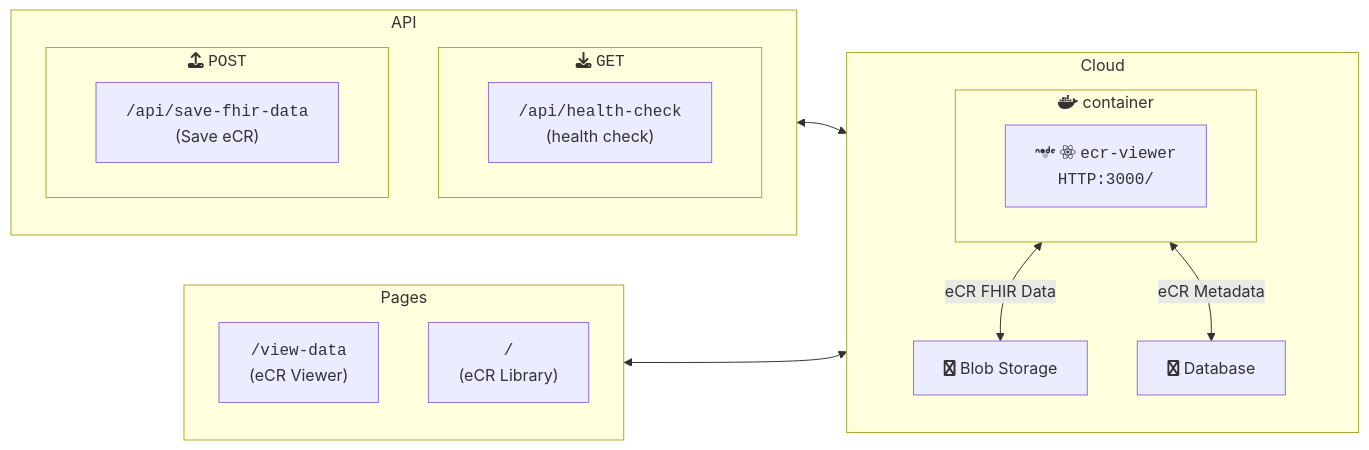
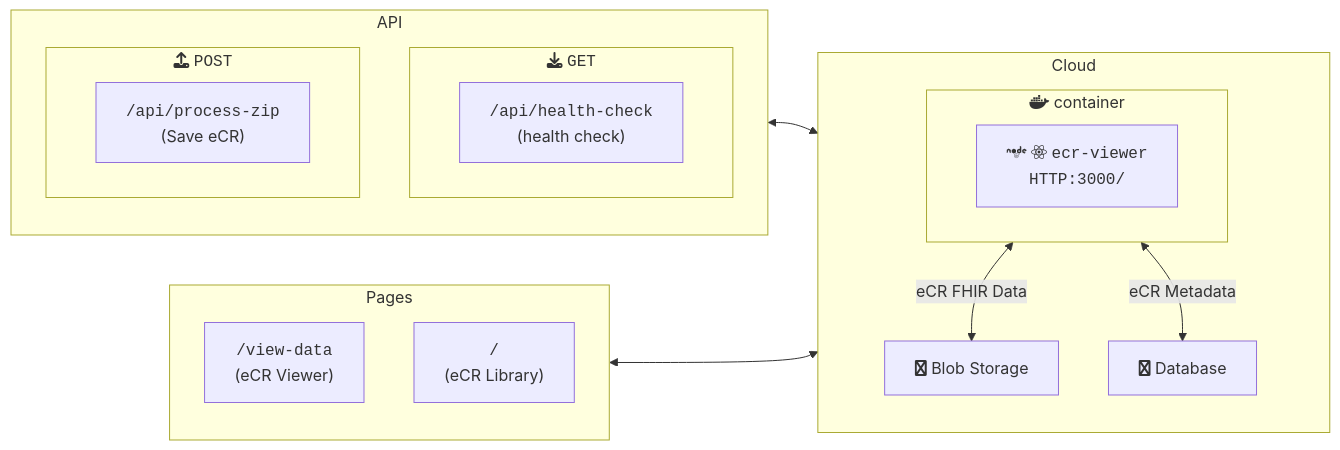
Before and after one commit to CDCgov/dibbs-ecr-viewer: the diagram in containers/ecr-viewer/README.md, drawn with Mermaid. The commit also changed 1 other file, not shown here.

Commit message:
docs: change api endpoint from save-fhir-data to process-zip

````diff
--- a/containers/ecr-viewer/README.md
+++ b/containers/ecr-viewer/README.md
@@ -143,29 +143,29 @@
 ```mermaid
 flowchart LR
   subgraph api["API"]
     direction TB
     subgraph GET["fas:fa-download <code>GET</code>"]
       hc["<code>/api/health-check</code><br />(health check)"]
     end
     subgraph POST["fas:fa-upload <code>POST</code>"]
-      saveFhirData["<code>/api/save-fhir-data</code><br />(Save eCR)"]
+      saveFhirData["<code>/api/process-zip</code><br />(Save eCR)"]
     end
   end
   subgraph pages["Pages"]
     direction TB
       view-data["<code>/view-data</code><br />(eCR Viewer)"]
       ecr["<code>/</code><br />(eCR Library)"]
   end
   subgraph service[Cloud]
     direction TB
     subgraph mr["fab:fa-docker container"]
       viewer["fab:fa-node fab:fa-react <code>ecr-viewer<br>HTTP:3000/</code>"]
     end
     blobStorage["fab:fa-file Blob Storage"]
     postgres["fab:fa-database Database"]
 	mr <--> |eCR FHIR Data| blobStorage
 	mr <--> |eCR Metadata| postgres
   end
   api <--> mr
   pages <--> mr
 ```
````
